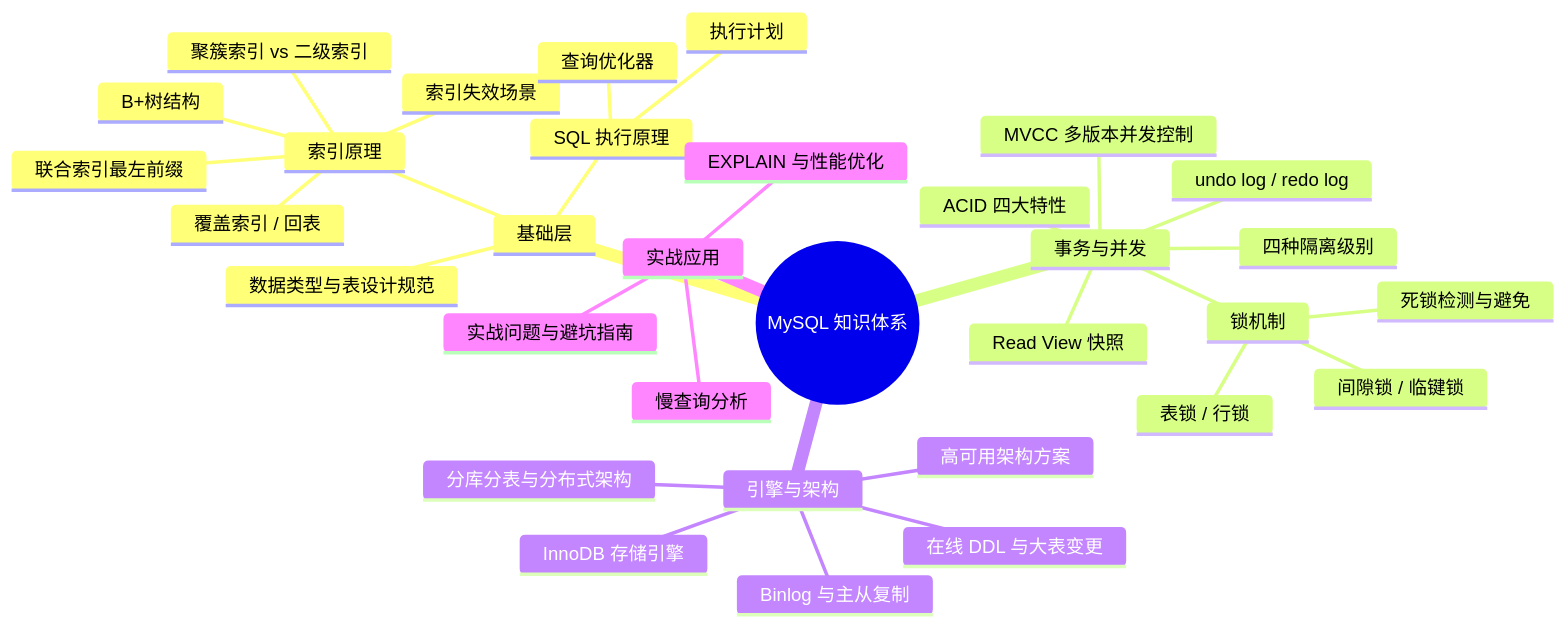
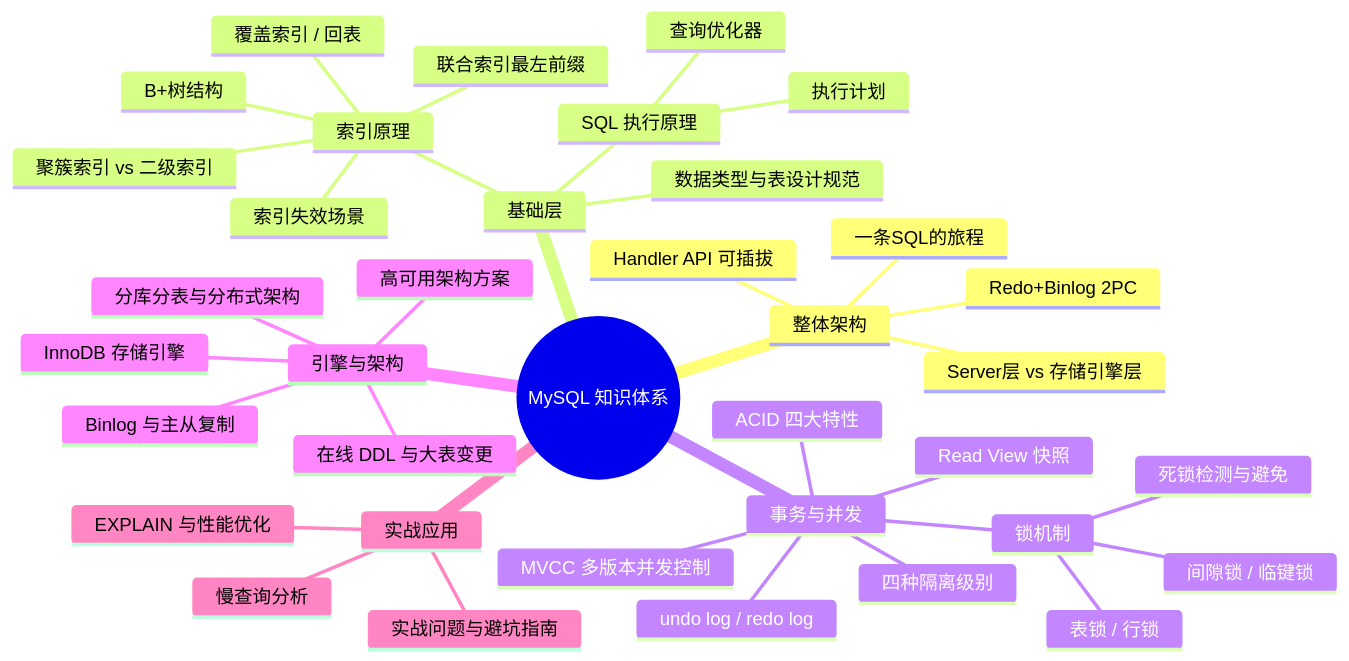
One commit to b1tzer/b1tzer.github.io changed the diagram in docs/03-mysql/00-mysql-overview.md. Above: the diagram before and after it, drawn with Mermaid. The commit also changed other lines of this file and 16 other files, not shown here.

````diff
--- a/docs/03-mysql/00-mysql-overview.md
+++ b/docs/03-mysql/00-mysql-overview.md
@@ -16,35 +16,40 @@
 ```mermaid
 mindmap
     root((MySQL 知识体系))
+        整体架构
+            Server层 vs 存储引擎层
+            Handler API 可插拔
+            一条SQL的旅程
+            Redo+Binlog 2PC
         基础层
             数据类型与表设计规范
             索引原理
                 B+树结构
                 聚簇索引 vs 二级索引
                 覆盖索引 / 回表
                 联合索引最左前缀
                 索引失效场景
             SQL 执行原理
                 查询优化器
                 执行计划
         事务与并发
             ACID 四大特性
             undo log / redo log
             四种隔离级别
             MVCC 多版本并发控制
             Read View 快照
             锁机制
                 表锁 / 行锁
                 间隙锁 / 临键锁
                 死锁检测与避免
         引擎与架构
             InnoDB 存储引擎
             Binlog 与主从复制
             在线 DDL 与大表变更
             高可用架构方案
             分库分表与分布式架构
         实战应用
             EXPLAIN 与性能优化
             慢查询分析
             实战问题与避坑指南
 ```
````
